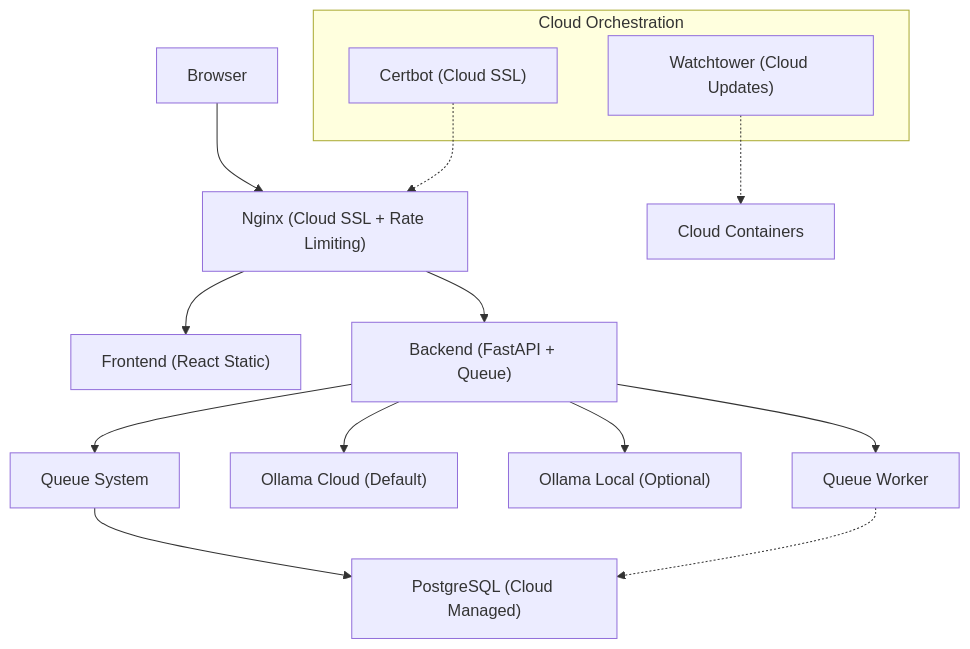
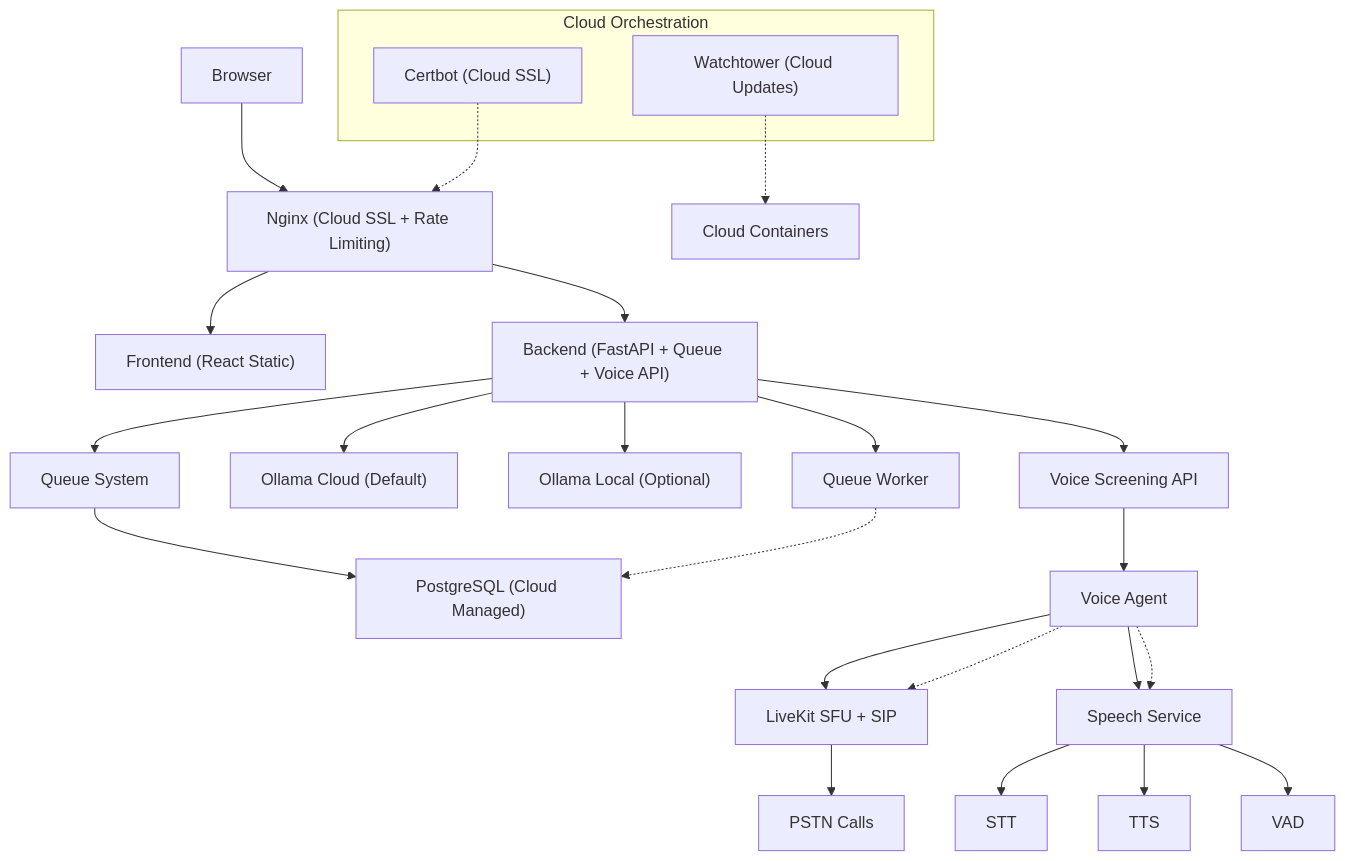
The third of 15 diagrams in .qoder/repowiki/en/content/Deployment & DevOps/Deployment & DevOps.md (Revanththetalogics/aireume), drawn with Mermaid before and after one commit. The commit also changed other lines of this file and 39 other files, not shown here.

````diff
--- a/.qoder/repowiki/en/content/Deployment & DevOps/Deployment & DevOps.md
+++ b/.qoder/repowiki/en/content/Deployment & DevOps/Deployment & DevOps.md
@@ -182,18 +237,28 @@
 ```mermaid
 graph TB
 Client["Browser"] --> Nginx["Nginx (Cloud SSL + Rate Limiting)"]
 Nginx --> FE["Frontend (React Static)"]
-Nginx --> BE["Backend (FastAPI + Queue)"]
+Nginx --> BE["Backend (FastAPI + Queue + Voice API)"]
 BE --> Queue["Queue System"]
 Queue --> DB["PostgreSQL (Cloud Managed)"]
 BE --> OllamaCloud["Ollama Cloud (Default)"]
 BE --> OllamaLocal["Ollama Local (Optional)"]
+BE --> VoiceAPI["Voice Screening API"]
+VoiceAPI --> VoiceAgent["Voice Agent"]
+VoiceAgent --> LiveKit["LiveKit SFU + SIP"]
+LiveKit --> PSTN["PSTN Calls"]
+VoiceAgent --> SpeechService["Speech Service"]
+SpeechService --> STT["STT"]
+SpeechService --> TTS["TTS"]
+SpeechService --> VAD["VAD"]
 BE --> QueueWorker["Queue Worker"]
 subgraph "Cloud Orchestration"
 Watchtower["Watchtower (Cloud Updates)"]
 Certbot["Certbot (Cloud SSL)"]
 end
 Watchtower -.-> Containers["Cloud Containers"]
 Certbot -.-> Nginx
 QueueWorker -.-> DB
+VoiceAgent -.-> LiveKit
+VoiceAgent -.-> SpeechService
 ```
````
